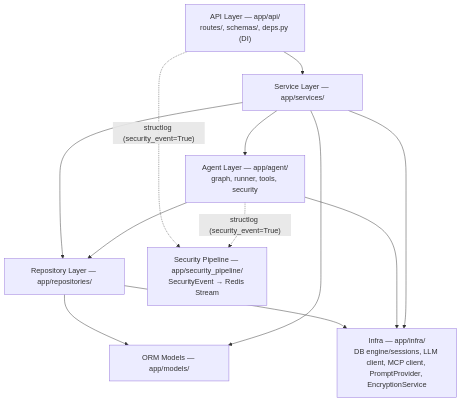
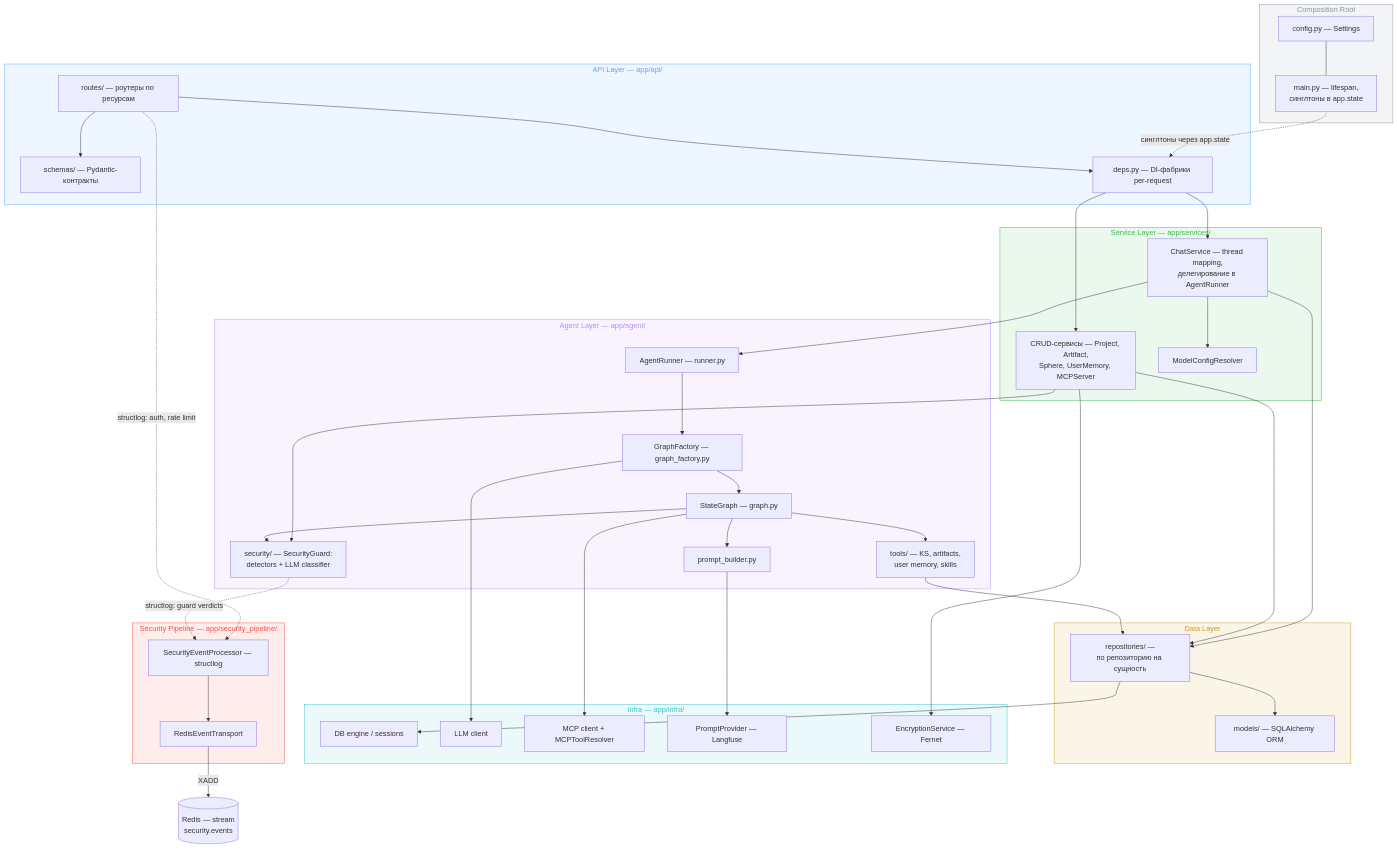
The first of 3 diagrams in doc/tech/backend.md (Bbar0n234/learnflow-ai), drawn with Mermaid before and after one commit. The commit also changed other lines of this file and 3 other files, not shown here.

First line of the commit message:
docs(architecture): диаграммы v2 — слои как цветные overlay-подложки

````diff
--- a/doc/tech/backend.md
+++ b/doc/tech/backend.md
@@ -9,22 +11,84 @@
 ```mermaid
 graph TD
-    API["API Layer — app/api/<br>routes/, schemas/, deps.py (DI)"]
-    SVC["Service Layer — app/services/"]
-    AGT["Agent Layer — app/agent/<br>graph, runner, tools, security"]
-    REPO["Repository Layer — app/repositories/"]
-    MODELS["ORM Models — app/models/"]
-    INFRA["Infra — app/infra/<br>DB engine/sessions, LLM client, MCP client, PromptProvider, EncryptionService"]
-    SECPIPE["Security Pipeline — app/security_pipeline/<br>SecurityEvent → Redis Stream"]
+    subgraph COMP["Composition Root"]
+        MAIN["main.py — lifespan,<br>синглтоны в app.state"]
+        CONFIG["config.py — Settings"]
+    end
 
-    API --> SVC
-    SVC --> AGT
-    SVC --> REPO
-    AGT --> REPO
-    REPO --> MODELS
-    SVC --> MODELS
-    REPO --> INFRA
-    AGT --> INFRA
-    SVC --> INFRA
-    API -. "structlog (security_event=True)" .-> SECPIPE
-    AGT -. "structlog (security_event=True)" .-> SECPIPE
+    subgraph APIL["API Layer — app/api/"]
+        ROUTES["routes/ — роутеры по ресурсам"]
+        SCHEMAS["schemas/ — Pydantic-контракты"]
+        DEPS["deps.py — DI-фабрики per-request"]
+    end
+
+    subgraph SVCL["Service Layer — app/services/"]
+        CHATSVC["ChatService — thread mapping,<br>делегирование в AgentRunner"]
+        CRUD["CRUD-сервисы — Project, Artifact,<br>Sphere, UserMemory, MCPServer"]
+        RESOLVER["ModelConfigResolver"]
+    end
+
+    subgraph AGTL["Agent Layer — app/agent/"]
+        RUNNER["AgentRunner — runner.py"]
+        FACTORY["GraphFactory — graph_factory.py"]
+        GRAPH["StateGraph — graph.py"]
+        TOOLS["tools/ — KS, artifacts,<br>user memory, skills"]
+        GUARD["security/ — SecurityGuard:<br>detectors + LLM classifier"]
+        PB["prompt_builder.py"]
+    end
+
+    subgraph DATAL["Data Layer"]
+        REPOS["repositories/ —<br>по репозиторию на сущность"]
+        MODELS["models/ — SQLAlchemy ORM"]
+    end
+
+    subgraph INFRAL["Infra — app/infra/"]
+        DBE["DB engine / sessions"]
+        LLM["LLM client"]
+        MCPC["MCP client + MCPToolResolver"]
+        PP["PromptProvider — Langfuse"]
+        ENC["EncryptionService — Fernet"]
+    end
+
+    subgraph SECPL["Security Pipeline — app/security_pipeline/"]
+        PROC["SecurityEventProcessor — structlog"]
+        TRANS["RedisEventTransport"]
+    end
+
+    REDIS[("Redis — stream<br>security.events")]
+
+    MAIN -. "синглтоны через app.state" .-> DEPS
+    CONFIG --- MAIN
+    ROUTES --> SCHEMAS
+    ROUTES --> DEPS
+    DEPS --> CHATSVC
+    DEPS --> CRUD
+    CHATSVC --> RESOLVER
+    CHATSVC --> RUNNER
+    CHATSVC --> REPOS
+    CRUD --> REPOS
+    CRUD --> GUARD
+    CRUD --> ENC
+    RUNNER --> FACTORY
+    FACTORY --> GRAPH
+    FACTORY --> LLM
+    GRAPH --> TOOLS
+    GRAPH --> GUARD
+    GRAPH --> MCPC
+    GRAPH --> PB
+    PB --> PP
+    TOOLS --> REPOS
+    REPOS --> MODELS
+    REPOS --> DBE
+    ROUTES -. "structlog: auth, rate limit" .-> PROC
+    GUARD -. "structlog: guard verdicts" .-> PROC
+    PROC --> TRANS
+    TRANS -->|XADD| REDIS
+
+    style COMP fill:#8b949e1a,stroke:#8b949e,color:#8b949e
+    style APIL fill:#58a6ff1a,stroke:#58a6ff,color:#58a6ff
+    style SVCL fill:#3fb9501a,stroke:#3fb950,color:#3fb950
+    style AGTL fill:#bc8cff1a,stroke:#bc8cff,color:#bc8cff
+    style DATAL fill:#d299221a,stroke:#d29922,color:#d29922
+    style INFRAL fill:#39c5cf1a,stroke:#39c5cf,color:#39c5cf
+    style SECPL fill:#f851491a,stroke:#f85149,color:#f85149
 ```
````
